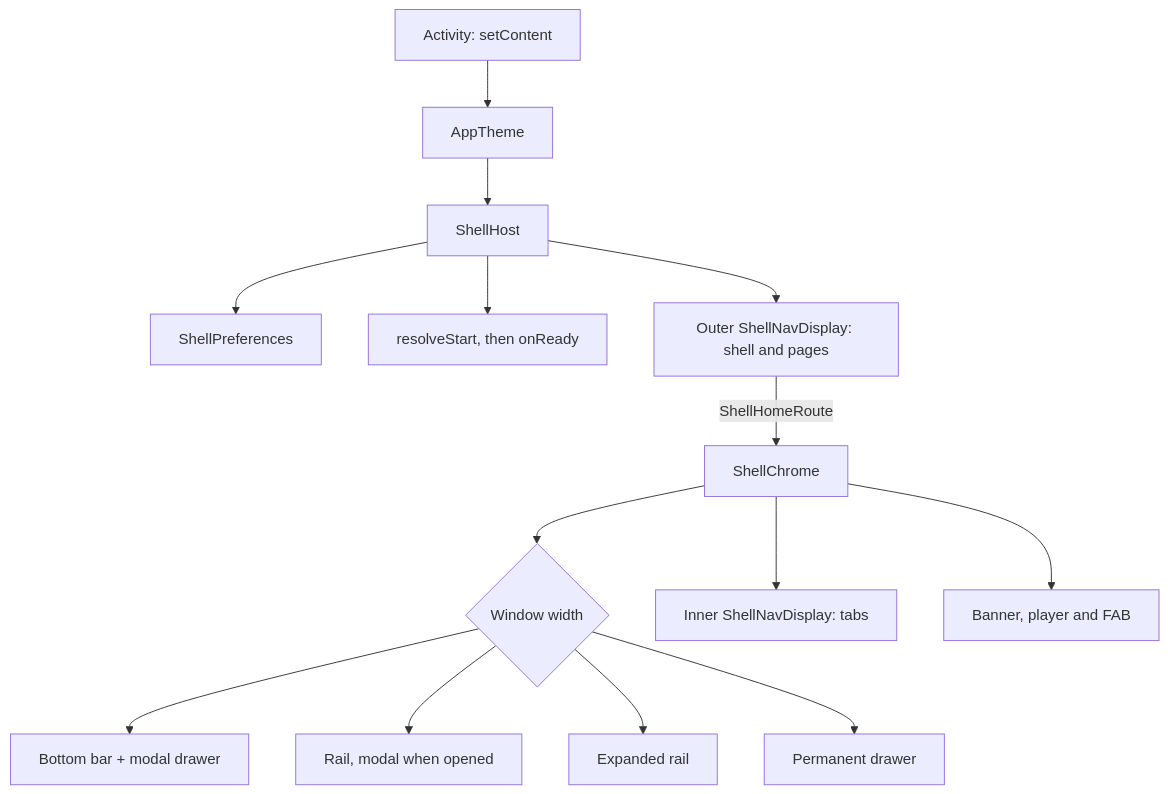
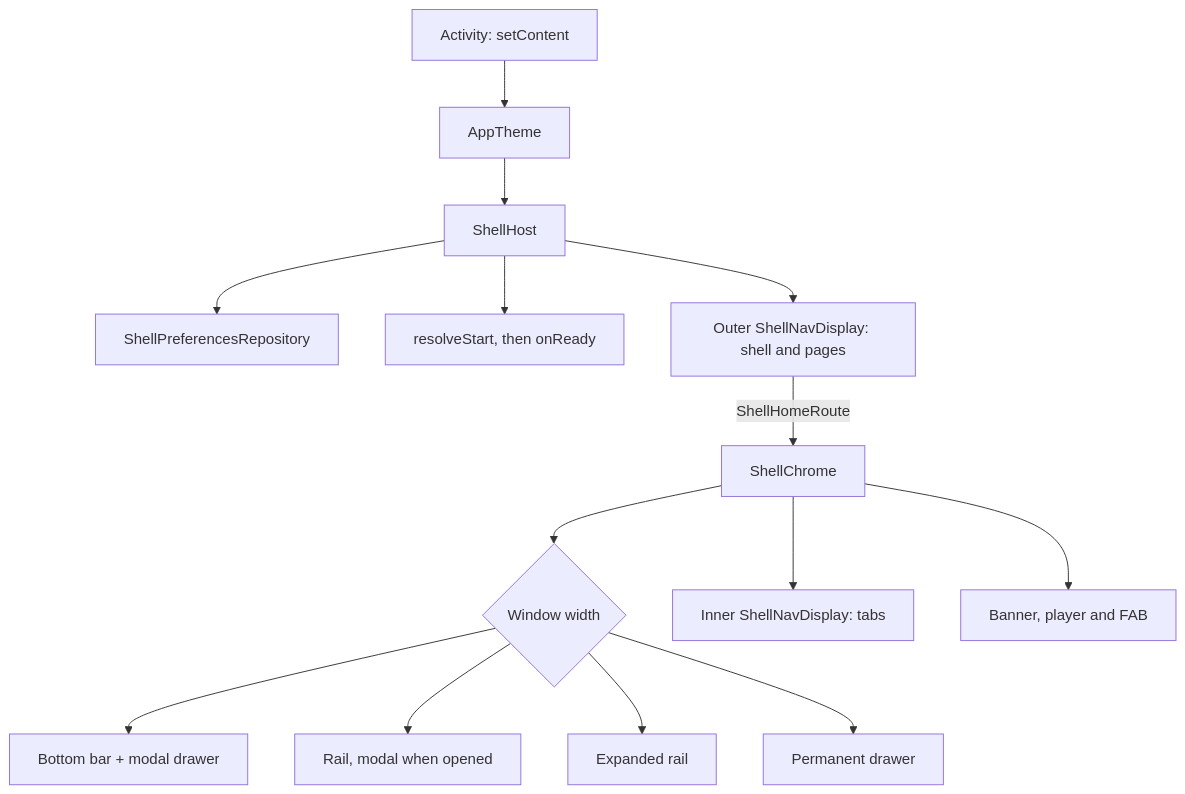
One commit to MihaiCristianCondrea/App-Toolkit-for-Android changed the diagram in library/shell/README.md. Above: the diagram before and after it, drawn with Mermaid. The commit also changed other lines of this file and 62 other files, not shown here.

````diff
--- a/library/shell/README.md
+++ b/library/shell/README.md
@@ -73,16 +73,16 @@
 ```mermaid
 flowchart TD
     App[Activity: setContent] --> Theme[AppTheme]
     Theme --> Host[ShellHost]
-    Host --> Prefs[ShellPreferences]
+    Host --> Prefs[ShellPreferencesRepository]
     Host --> Start[resolveStart, then onReady]
     Host --> Outer[Outer ShellNavDisplay: shell and pages]
     Outer -->|ShellHomeRoute| Chrome[ShellChrome]
     Chrome --> Layout{Window width}
     Layout --> Bar[Bottom bar + modal drawer]
     Layout --> Rail[Rail, modal when opened]
     Layout --> Expanded[Expanded rail]
     Layout --> Drawer[Permanent drawer]
     Chrome --> Inner[Inner ShellNavDisplay: tabs]
     Chrome --> Bottom[Banner, player and FAB]
 ```
````
